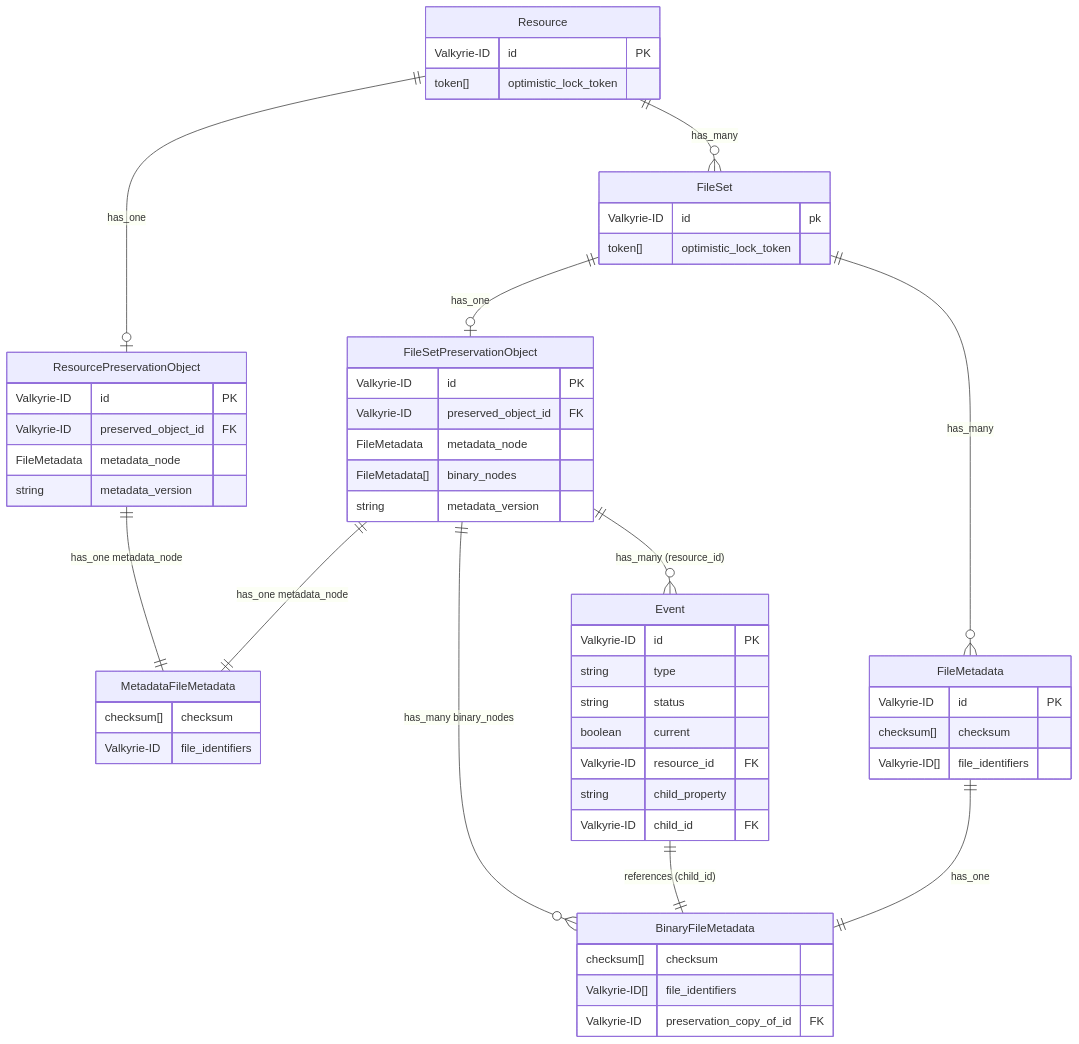
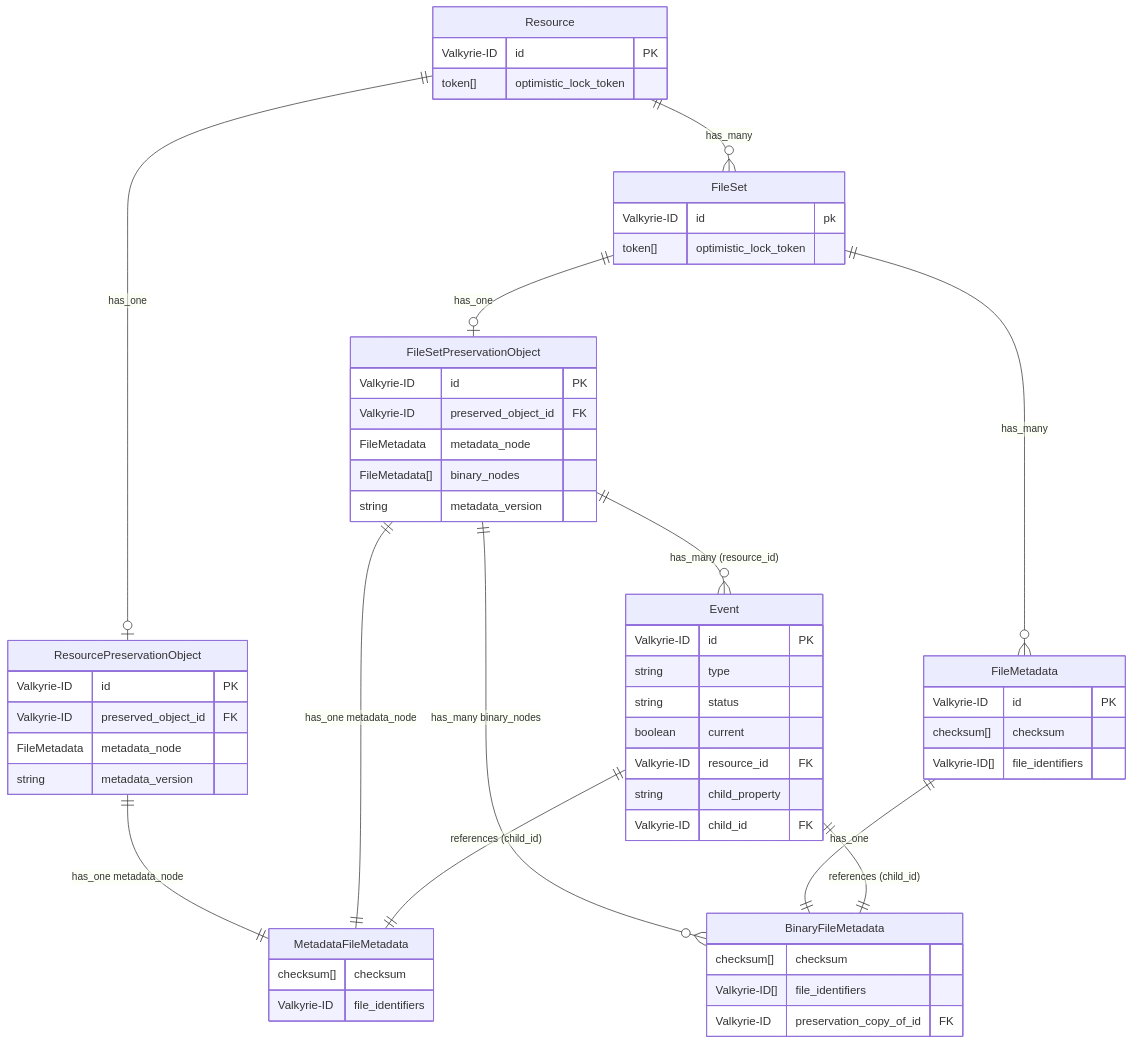
One commit to pulibrary/figgy changed the first of 3 diagrams in docs/technical/preservation/implementation_diagram.md. Above: the diagram before and after it, drawn with Mermaid. The commit also changed other lines of this file, not shown here.

````diff
--- a/docs/technical/preservation/implementation_diagram.md
+++ b/docs/technical/preservation/implementation_diagram.md
@@ -5,57 +5,58 @@
 ```mermaid
 erDiagram
     Resource ||--o| ResourcePreservationObject : has_one
     FileSet ||--o| FileSetPreservationObject : has_one
     Resource {
       Valkyrie-ID id PK
       token[] optimistic_lock_token
     }
     Resource ||--o{ FileSet : has_many
     FileSet {
       Valkyrie-ID id pk
       token[] optimistic_lock_token
     }
     FileSet ||--o{ FileMetadata : has_many
     FileMetadata {
       Valkyrie-ID id PK
       checksum[] checksum
       Valkyrie-ID[] file_identifiers
     }
     ResourcePreservationObject {
       Valkyrie-ID id PK
       Valkyrie-ID preserved_object_id FK
       FileMetadata metadata_node
       string metadata_version
     }
     ResourcePreservationObject ||--|| MetadataFileMetadata : "has_one metadata_node"
     FileSetPreservationObject {
       Valkyrie-ID id PK
       Valkyrie-ID preserved_object_id FK
       FileMetadata metadata_node
       FileMetadata[] binary_nodes
       string metadata_version
     }
     FileSetPreservationObject ||--|| MetadataFileMetadata : "has_one metadata_node"
     FileSetPreservationObject ||--o{ BinaryFileMetadata : "has_many binary_nodes"
     MetadataFileMetadata {
       checksum[] checksum
       Valkyrie-ID file_identifiers
     }
     BinaryFileMetadata {
       checksum[] checksum
       Valkyrie-ID[] file_identifiers
       Valkyrie-ID preservation_copy_of_id FK
     }
     FileMetadata ||--|| BinaryFileMetadata : "has_one"
     Event {
       Valkyrie-ID id PK
       string type
       string status
       boolean current
       Valkyrie-ID resource_id FK
       string child_property
       Valkyrie-ID child_id FK
     }
     FileSetPreservationObject ||--o{ Event : "has_many (resource_id)"
     Event ||--|| BinaryFileMetadata : "references (child_id)"
+    Event ||--|| MetadataFileMetadata : "references (child_id)"
 ```
````
